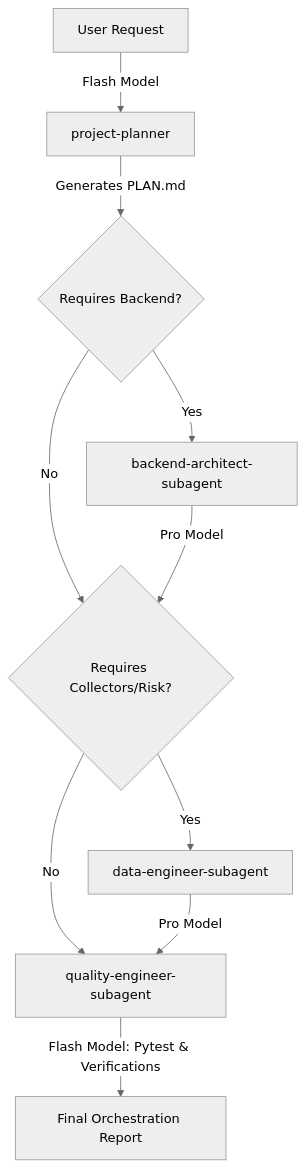
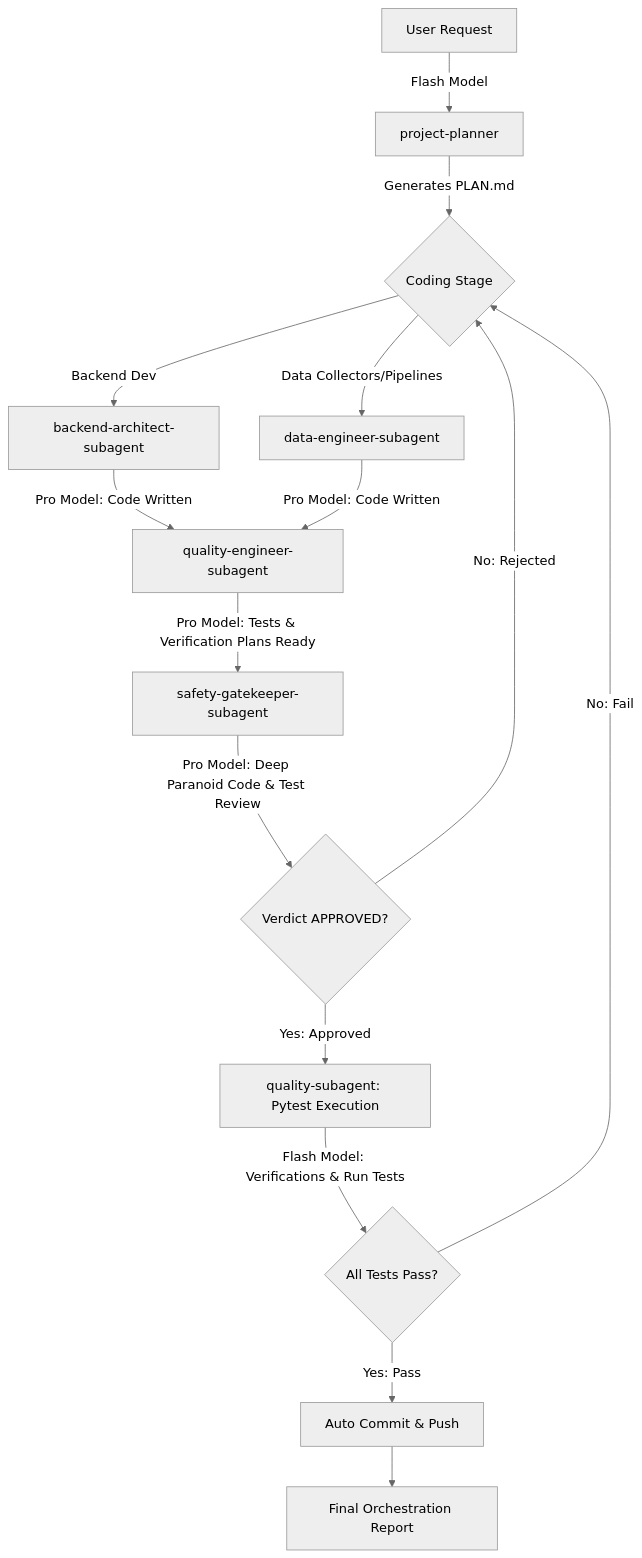
One commit to GhostFaceInterface/SilverPilot changed the diagram in .agent/workflows/orchestrate.md. Above: the diagram before and after it, drawn with Mermaid (neutral theme). The commit also changed other lines of this file and 14 other files, not shown here.

Commit message:
chore: establish and harden safety gatekeeper context and git automation workflows

````diff
--- a/.agent/workflows/orchestrate.md
+++ b/.agent/workflows/orchestrate.md
@@ -17,12 +20,16 @@
 ```mermaid
 graph TD
     A[User Request] -->|Flash Model| B[project-planner]
-    B -->|Generates PLAN.md| C{Requires Backend?}
-    C -->|Yes| D[backend-architect-subagent]
-    C -->|No| E{Requires Collectors/Risk?}
-    D -->|Pro Model| E
-    E -->|Yes| F[data-engineer-subagent]
-    E -->|No| G[quality-engineer-subagent]
-    F -->|Pro Model| G
-    G -->|Flash Model: Pytest & Verifications| H[Final Orchestration Report]
+    B -->|Generates PLAN.md| C{Coding Stage}
+    C -->|Backend Dev| D[backend-architect-subagent]
+    C -->|Data Collectors/Pipelines| E[data-engineer-subagent]
+    D & E -->|Pro Model: Code Written| F[quality-engineer-subagent]
+    F -->|Pro Model: Tests & Verification Plans Ready| G[safety-gatekeeper-subagent]
+    G -->|Pro Model: Deep Paranoid Code & Test Review| H{Verdict APPROVED?}
+    H -->|No: Rejected| C
+    H -->|Yes: Approved| I[quality-subagent: Pytest Execution]
+    I -->|Flash Model: Verifications & Run Tests| K{All Tests Pass?}
+    K -->|No: Fail| C
+    K -->|Yes: Pass| L[Auto Commit & Push]
+    L --> J[Final Orchestration Report]
 ```
````
